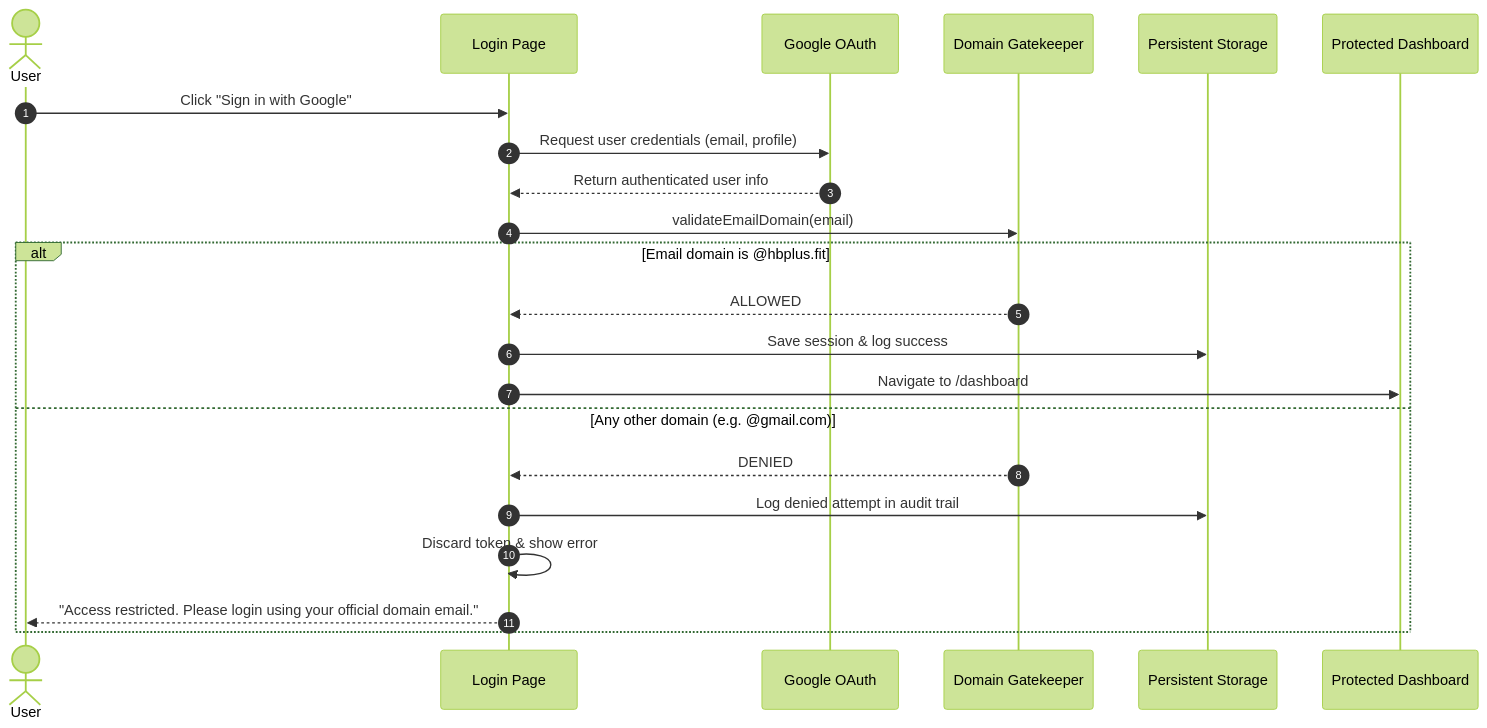
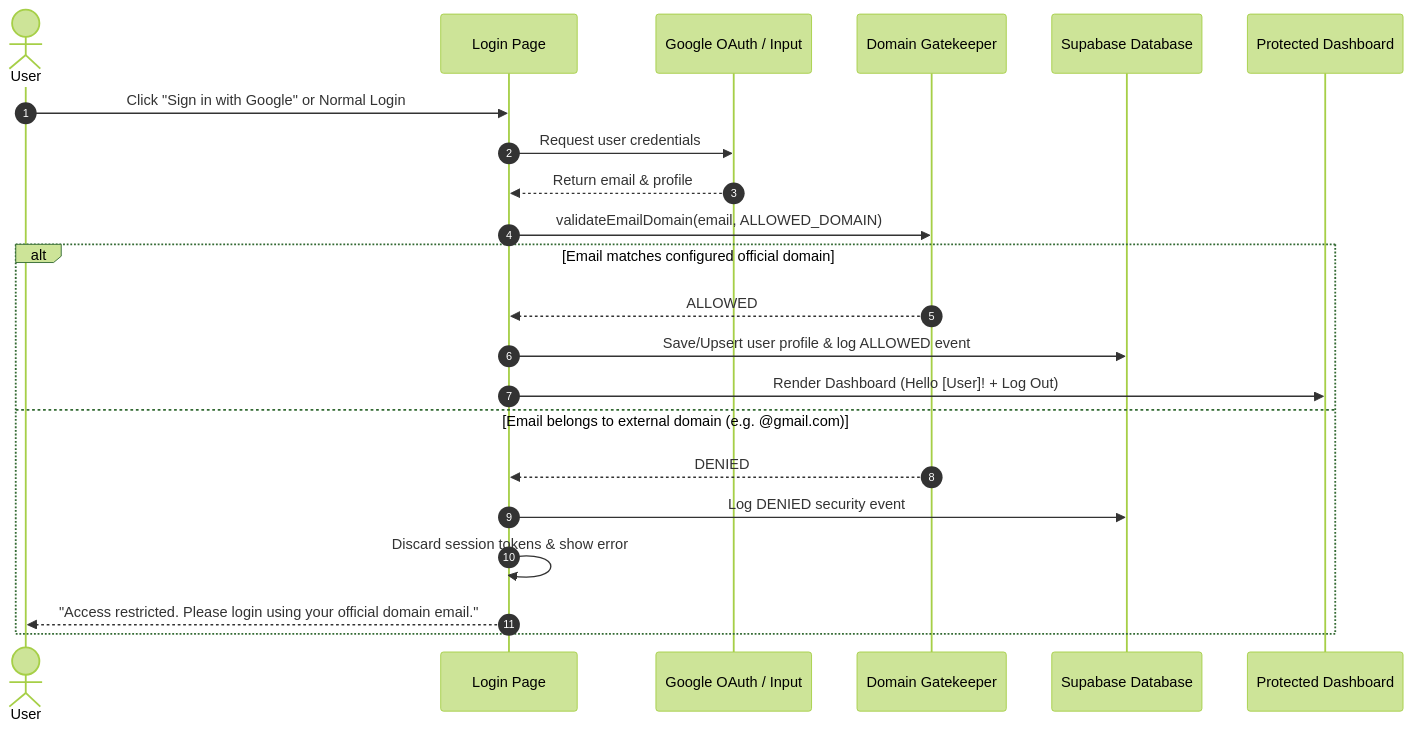
The diagram in README.md (jackofallcodes5/hbplus-assignment), drawn with Mermaid (forest theme) before and after one commit. The commit also changed other lines of this file and 32 other files, not shown here.

Commit message:
refactor: rewrite codebase in clean JavaScript with Supabase DB and minimal Dashboard

````diff
--- a/README.md
+++ b/README.md
@@ -54,26 +27,26 @@
 ```mermaid
 sequenceDiagram
     autonumber
     actor User
     participant UI as Login Page
-    participant OAuth as Google OAuth
+    participant OAuth as Google OAuth / Input
     participant Gatekeeper as Domain Gatekeeper
-    participant DB as Persistent Storage
+    participant Supabase as Supabase Database
     participant Dashboard as Protected Dashboard
 
-    User->>UI: Click "Sign in with Google"
-    UI->>OAuth: Request user credentials (email, profile)
-    OAuth-->>UI: Return authenticated user info
-    UI->>Gatekeeper: validateEmailDomain(email)
+    User->>UI: Click "Sign in with Google" or Normal Login
+    UI->>OAuth: Request user credentials
+    OAuth-->>UI: Return email & profile
+    UI->>Gatekeeper: validateEmailDomain(email, ALLOWED_DOMAIN)
 
-    alt Email domain is @hbplus.fit
+    alt Email matches configured official domain
         Gatekeeper-->>UI: ALLOWED
-        UI->>DB: Save session & log success
-        UI->>Dashboard: Navigate to /dashboard
-    else Any other domain (e.g. @gmail.com)
+        UI->>Supabase: Save/Upsert user profile & log ALLOWED event
+        UI->>Dashboard: Render Dashboard (Hello [User]! + Log Out)
+    else Email belongs to external domain (e.g. @gmail.com)
         Gatekeeper-->>UI: DENIED
-        UI->>DB: Log denied attempt in audit trail
-        UI->>UI: Discard token & show error
+        UI->>Supabase: Log DENIED security event
+        UI->>UI: Discard session tokens & show error
         UI-->>User: "Access restricted. Please login using your official domain email."
     end
 ```
````
